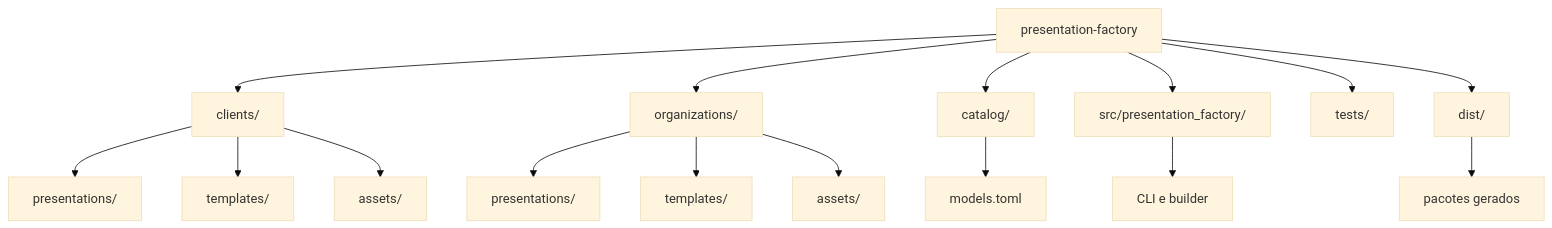
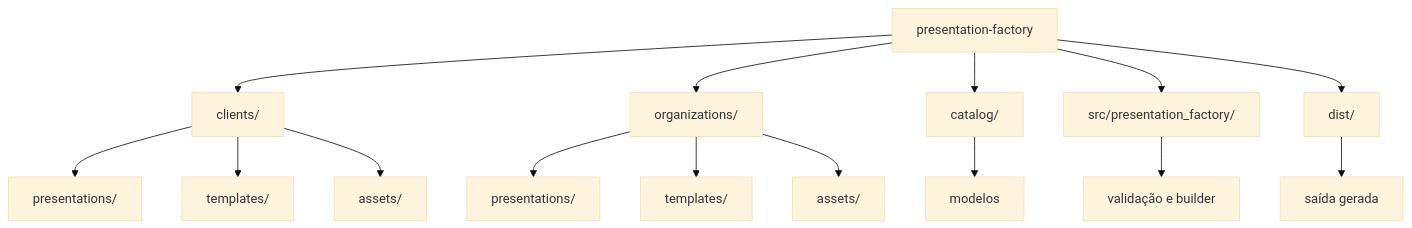
Before and after one commit to ce-bsb/presentation-factory: the second of 2 diagrams in README.md, drawn with Mermaid (base theme). The commit also changed other lines of this file, not shown here.

````diff
--- a/README.md
+++ b/README.md
@@ -122,23 +224,22 @@
 ```mermaid
 flowchart TB
     R["presentation-factory"]
 
     R --> C["clients/"]
     R --> O["organizations/"]
     R --> M["catalog/"]
     R --> S["src/presentation_factory/"]
-    R --> T["tests/"]
     R --> D["dist/"]
 
     C --> CP["presentations/"]
     C --> CT["templates/"]
     C --> CA["assets/"]
 
     O --> OP["presentations/"]
     O --> OT["templates/"]
     O --> OA["assets/"]
 
-    M --> MM["models.toml"]
-    S --> CLI["CLI e builder"]
-    D --> OUT["pacotes gerados"]
+    M --> MM["modelos"]
+    S --> CLI["validação e builder"]
+    D --> OUT["saída gerada"]
 ```
````
